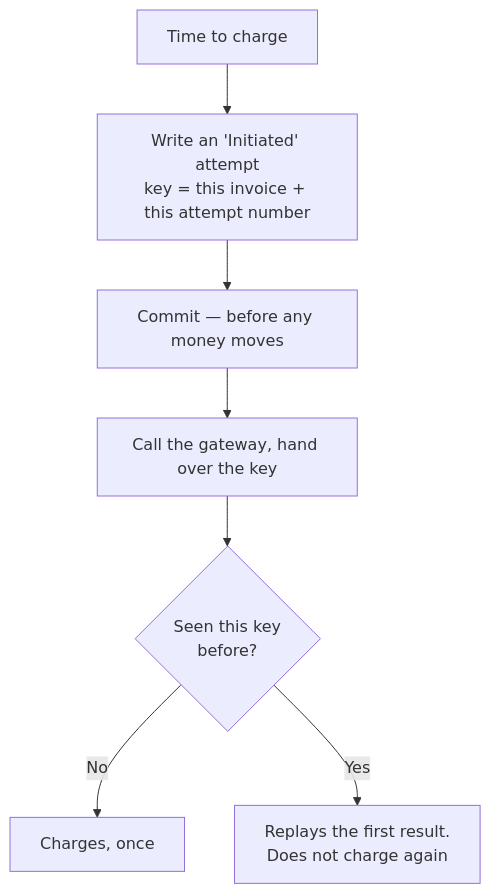
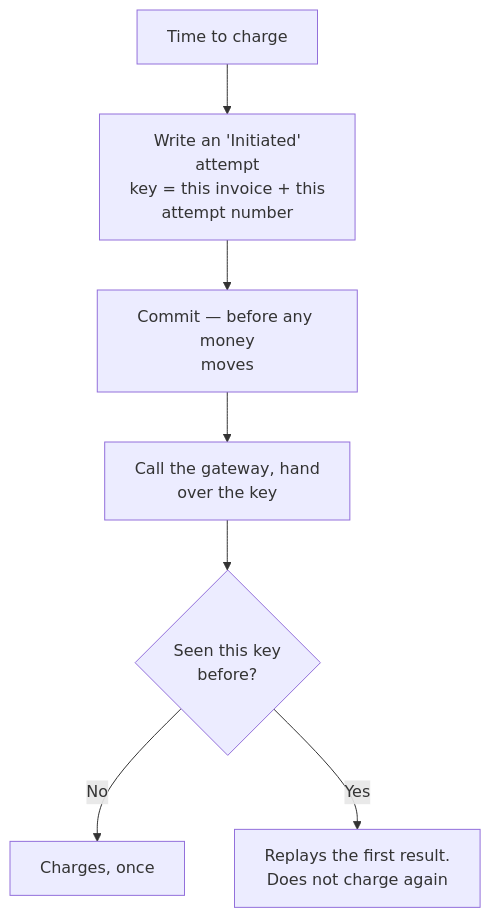
One commit to saurabh6790/v2-billing-specs changed the fourth of 11 diagrams in billing-improvements-explained.md. Above: the diagram before and after it, drawn with Mermaid. The commit also changed other lines of this file and 27 other files, not shown here.

Commit message:
diagrams: render the excalidraw svgs, and the tool that makes them

````diff
--- a/billing-improvements-explained.md
+++ b/billing-improvements-explained.md
@@ -127,9 +144,16 @@
 ```mermaid
 flowchart TD
-    A["Time to charge"] --> B["Write an 'Initiated' attempt<br/>key = this invoice + this attempt number"]
-    B --> C["Commit — before any money moves"]
-    C --> D["Call the gateway, hand over the key"]
-    D --> E{"Seen this key<br/>before?"}
+    A["Time to charge"] --> B["`Write an 'Initiated'
+attempt
+key = this invoice + this
+attempt number`"]
+    B --> C["`Commit — before any money
+moves`"]
+    C --> D["`Call the gateway, hand
+over the key`"]
+    D --> E{"`Seen this key
+before?`"}
     E -->|"No"| F["Charges, once"]
-    E -->|"Yes"| G["Replays the first result.<br/>Does not charge again"]
+    E -->|"Yes"| G["`Replays the first result.
+Does not charge again`"]
 ```
````
